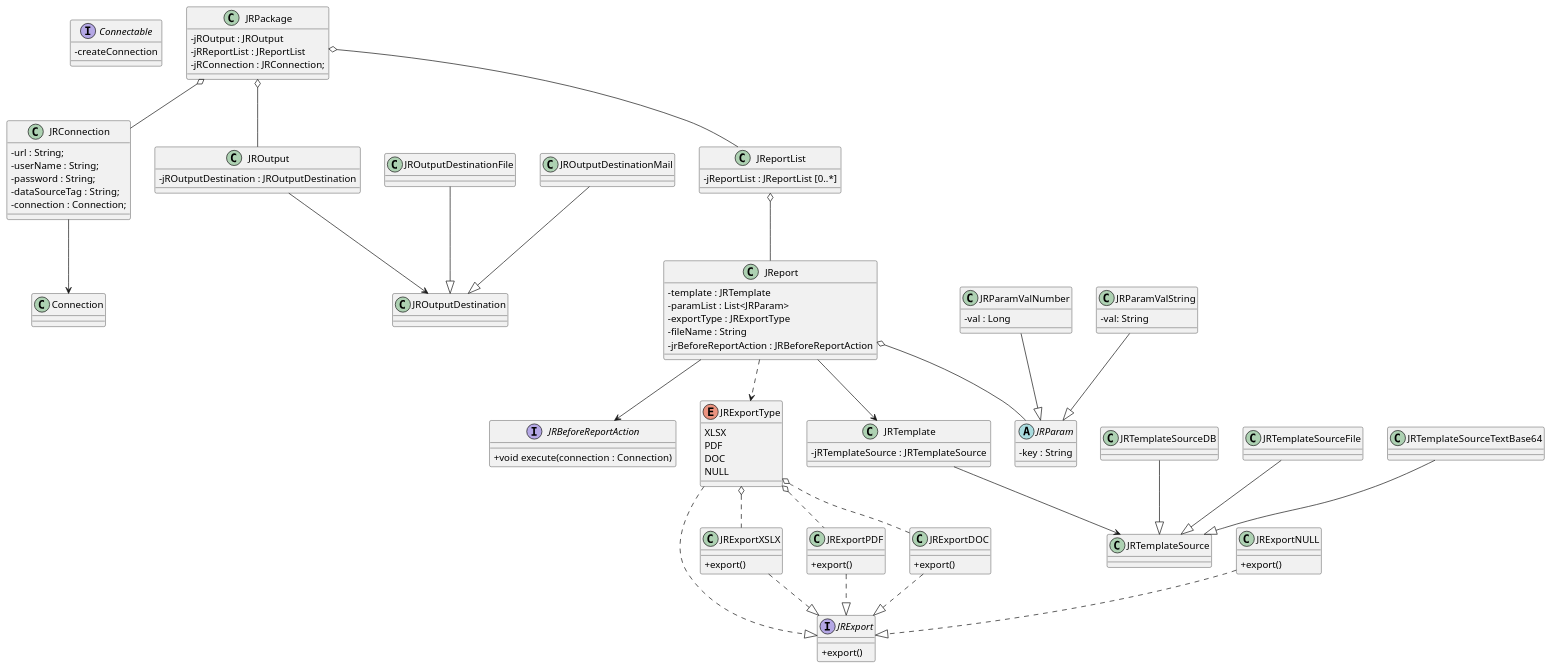
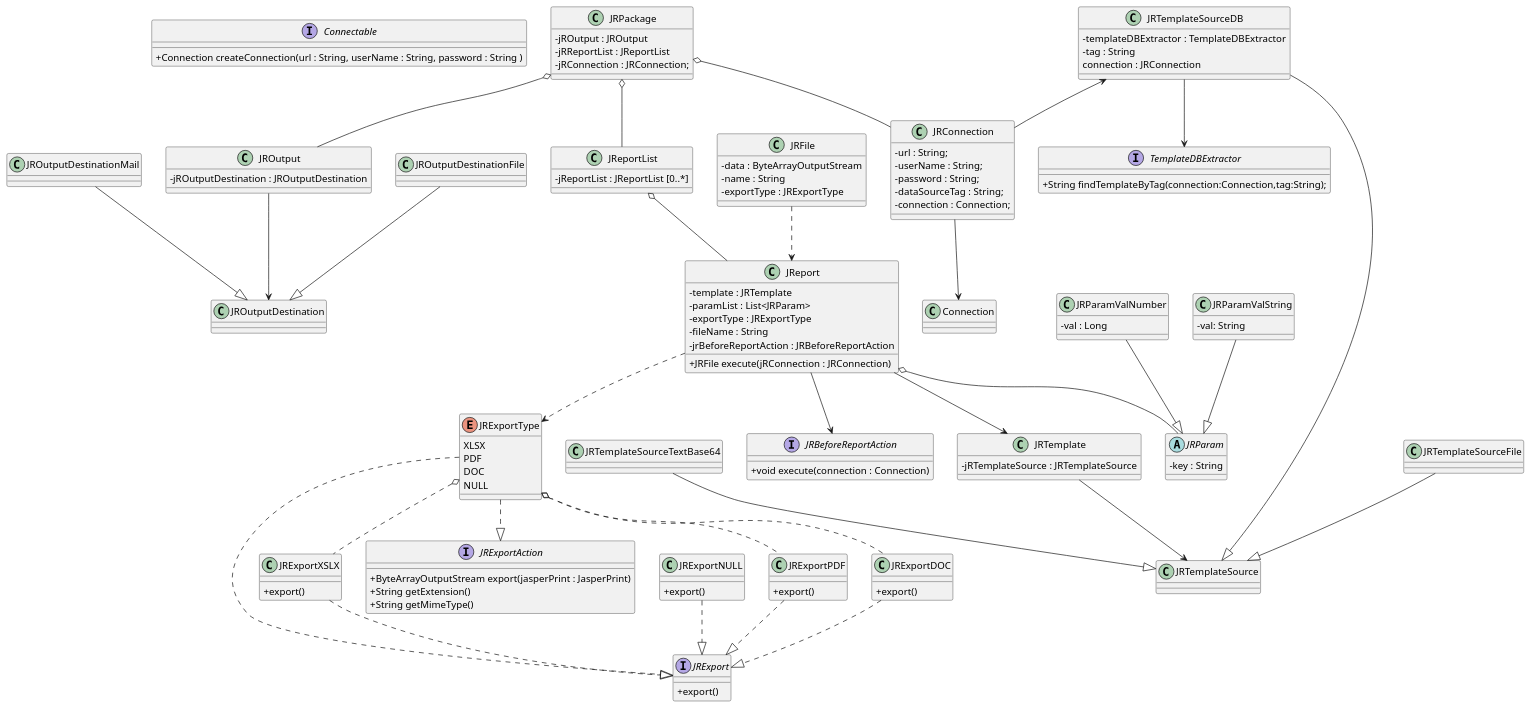
The diagram in doc/jreport.puml (mntvs/mnt-report), drawn with PlantUML before and after one commit. The commit also changed 35 other files, not shown here.

```diff
--- a/doc/jreport.puml
+++ b/doc/jreport.puml
@@ -1,135 +1,164 @@
 @startuml
 skinparam classAttributeIconSize 0
 
 interface Connectable {
-        -createConnection
+ +Connection createConnection(url : String, userName : String, password : String )
 }
 
 class JRConnection {
         -url : String;
         -userName : String;
         -password : String;
         -dataSourceTag : String;
         -connection : Connection;
 }
 
 JRConnection --> Connection
 
 interface JRExport {
     +export()
 }
 
 class JRExportXSLX {
    +export()
 }
 
 class JRExportPDF {
    +export()
 }
 
 
 class JRExportDOC {
    +export()
 }
 
 class JRExportNULL {
    +export()
 }
 
 class JRPackage {
         -jROutput : JROutput
         -jRReportList : JReportList
         -jRConnection : JRConnection;
 }
 
 JRPackage o-- JROutput
 JRPackage o-- JReportList
 JRPackage o-- JRConnection
 
 class JROutput {
     -jROutputDestination : JROutputDestination
 }
 class JROutputDestination
 class JROutputDestinationFile
 class JROutputDestinationMail
 
 JROutputDestinationFile --|> JROutputDestination
 JROutputDestinationMail --|> JROutputDestination
 
 
 class JReport {
  -template : JRTemplate
  -paramList : List<JRParam>
  -exportType : JRExportType
  -fileName : String
  -jrBeforeReportAction : JRBeforeReportAction
+ +JRFile execute(jRConnection : JRConnection)
 }
 
 interface JRBeforeReportAction {
     +void execute(connection : Connection)
 }
 
 JRExportType ..|> JRExport
 JRExportXSLX ..|> JRExport
 JRExportPDF ..|> JRExport
 JRExportDOC ..|> JRExport
 JRExportNULL ..|> JRExport
 
 JRExportType o.. JRExportXSLX
 JRExportType o.. JRExportPDF
 JRExportType o.. JRExportDOC
 
 class JReportList {
     -jReportList : JReportList [0..*]
 }
 
 JReport ..> JRExportType
 
 JReport --> JRBeforeReportAction
 
 JReport o--JRParam
 
 JROutput --> JROutputDestination
 JReport --> JRTemplate
 
 JReportList o--JReport
 
 class JRTemplate {
     - jRTemplateSource : JRTemplateSource
 }
 
 class JRTemplateSource
 
-class JRTemplateSourceDB
+class JRTemplateSourceDB {
+    -templateDBExtractor : TemplateDBExtractor
+    -tag : String
+    connection : JRConnection
+}
 class JRTemplateSourceFile
 class JRTemplateSourceTextBase64
 
 abstract class JRParam {
     - key : String
 }
 
 class JRParamValNumber {
         - val : Long
 }
 class JRParamValString {
         - val: String
 }
 
 JRParamValString --|> JRParam
 JRParamValNumber --|> JRParam
 
 JRTemplateSourceDB --|> JRTemplateSource
 JRTemplateSourceFile --|> JRTemplateSource
 JRTemplateSourceTextBase64 --|> JRTemplateSource
 
 JRTemplate --> JRTemplateSource
-
+JRTemplateSourceDB <-- JRConnection
 
 enum JRExportType {
 XLSX
 PDF
 DOC
 NULL
 }
 
+JRExportType ..|> JRExportAction
+
+interface TemplateDBExtractor {
+ +String findTemplateByTag(connection:Connection,tag:String);
+}
+
+JRTemplateSourceDB --> TemplateDBExtractor
+
+
+class JRFile {
+    -data : ByteArrayOutputStream
+    -name : String
+    -exportType : JRExportType
+}
+
+JRFile ..> JReport
+
+interface JRExportAction {
+    +ByteArrayOutputStream export(jasperPrint : JasperPrint)
+    +String getExtension()
+    +String getMimeType()
+}
+
+
 @enduml
```
